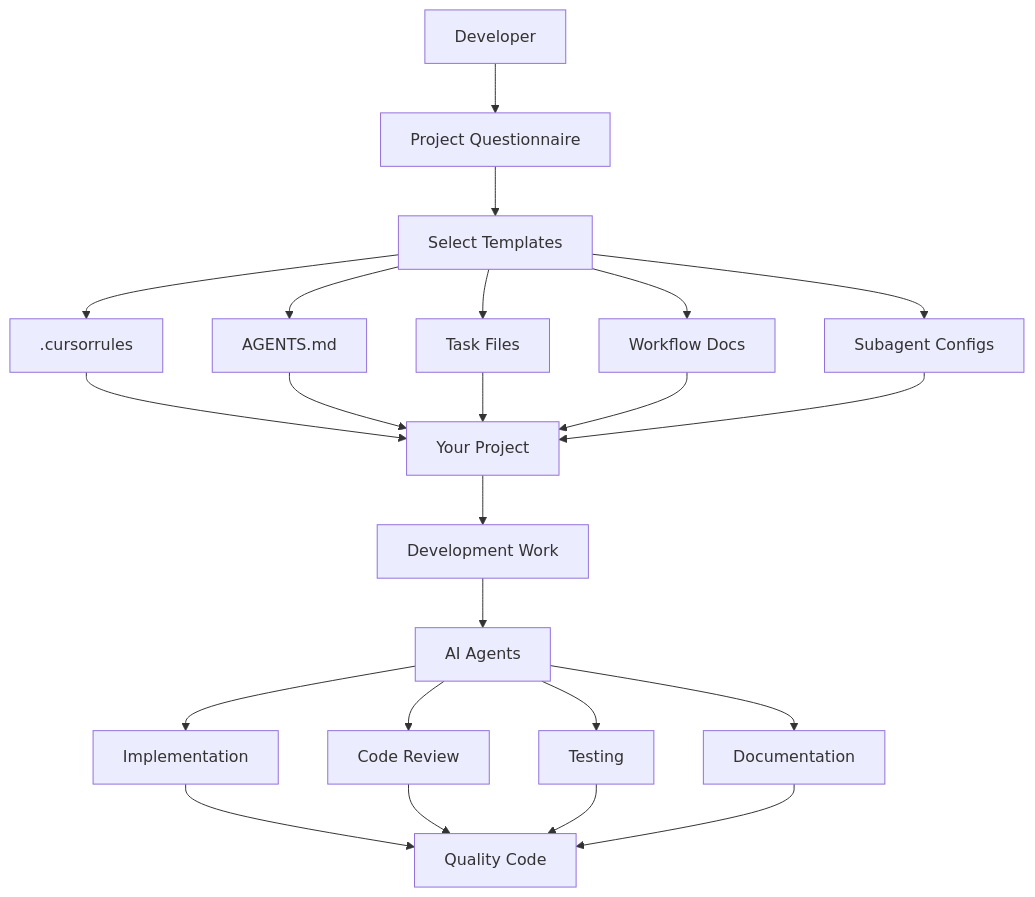
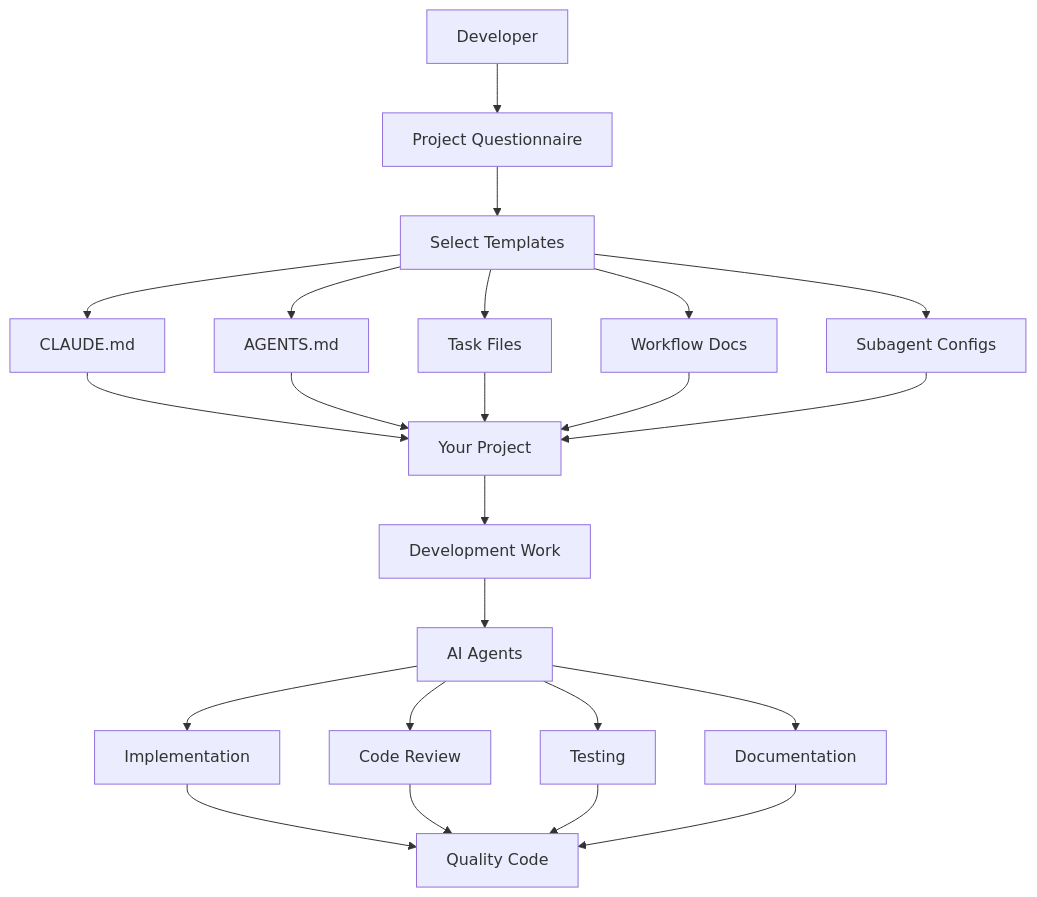
One commit to jwitts1998/multi-agent-system-template changed the diagram in docs/INTEGRATION_GUIDE.md. Above: the diagram before and after it, drawn with Mermaid. The commit also changed other lines of this file and 181 other files, not shown here.

````diff
--- a/docs/INTEGRATION_GUIDE.md
+++ b/docs/INTEGRATION_GUIDE.md
@@ -14,30 +14,30 @@
 ```mermaid
 graph TB
     Dev[Developer] --> Quest[Project Questionnaire]
     Quest --> Templates[Select Templates]
     
-    Templates --> CR[.cursorrules]
+    Templates --> CR[CLAUDE.md]
     Templates --> AG[AGENTS.md]
     Templates --> TS[Task Files]
     Templates --> WF[Workflow Docs]
     Templates --> SA[Subagent Configs]
     
     CR --> Project[Your Project]
     AG --> Project
     TS --> Project
     WF --> Project
     SA --> Project
     
     Project --> Work[Development Work]
     Work --> Agents[AI Agents]
     
     Agents --> Impl[Implementation]
     Agents --> Review[Code Review]
     Agents --> Test[Testing]
     Agents --> Docs[Documentation]
     
     Impl --> Quality[Quality Code]
     Review --> Quality
     Test --> Quality
     Docs --> Quality
 ```
````
